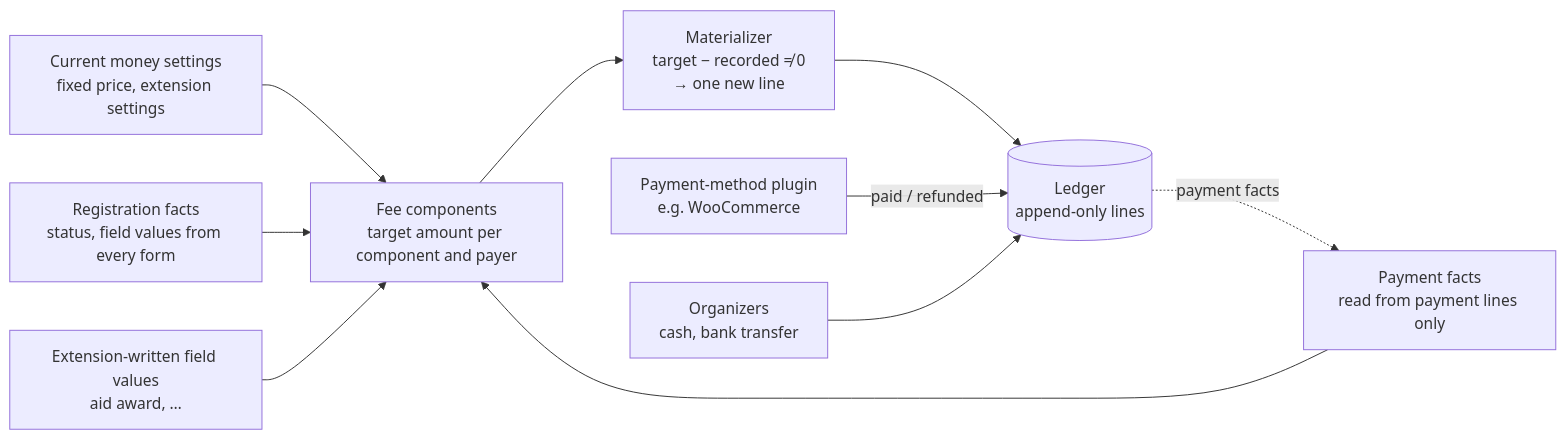
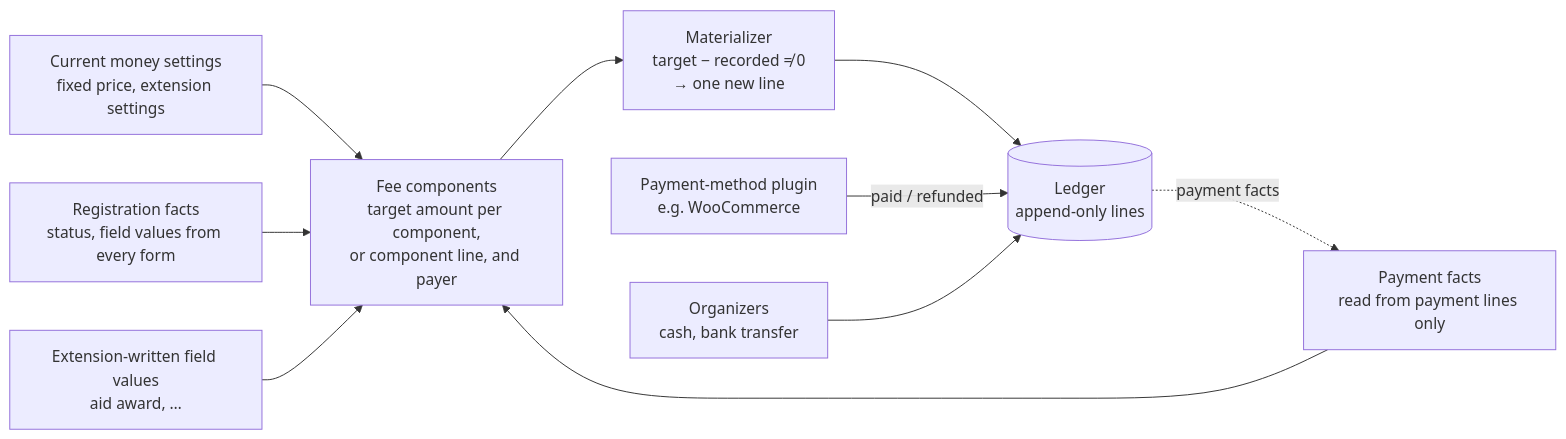
The first of 2 diagrams in docs/architecture/money.md (reformatus/kalaka), drawn with Mermaid before and after one commit. The commit also changed other lines of this file and 18 other files, not shown here.

````diff
--- a/docs/architecture/money.md
+++ b/docs/architecture/money.md
@@ -308,12 +308,12 @@
 ```mermaid
 flowchart LR
   S["Current money settings<br/>fixed price, extension settings"] --> R
   F["Registration facts<br/>status, field values from every form"] --> R
   X["Extension-written field values<br/>aid award, …"] --> R
   PF["Payment facts<br/>read from payment lines only"] --> R
-  R["Fee components<br/>target amount per component and payer"] --> MZ["Materializer<br/>target − recorded ≠ 0<br/>→ one new line"]
+  R["Fee components<br/>target amount per component,<br/>or component line, and payer"] --> MZ["Materializer<br/>target − recorded ≠ 0<br/>→ one new line"]
   MZ --> L[("Ledger<br/>append-only lines")]
   PM["Payment-method plugin<br/>e.g. WooCommerce"] -->|"paid / refunded"| L
   ST["Organizers<br/>cash, bank transfer"] --> L
   L -. "payment facts" .-> PF
 ```
````
